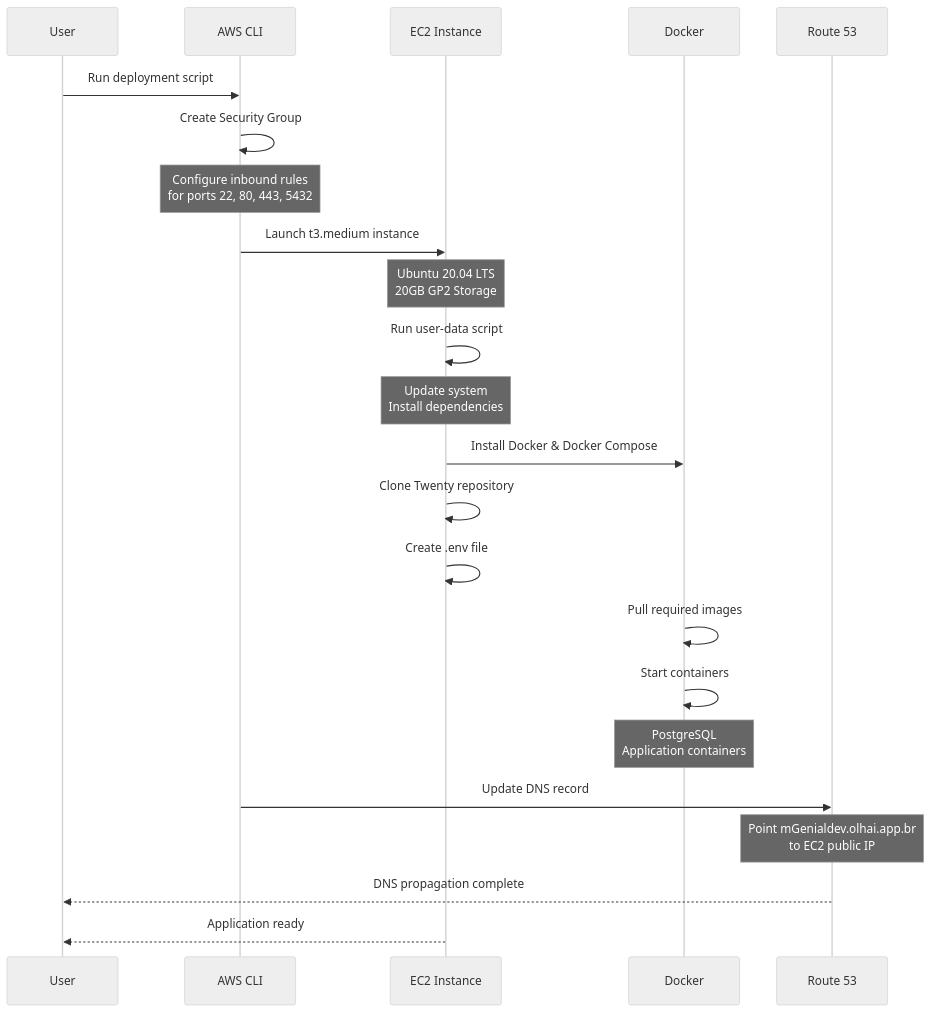
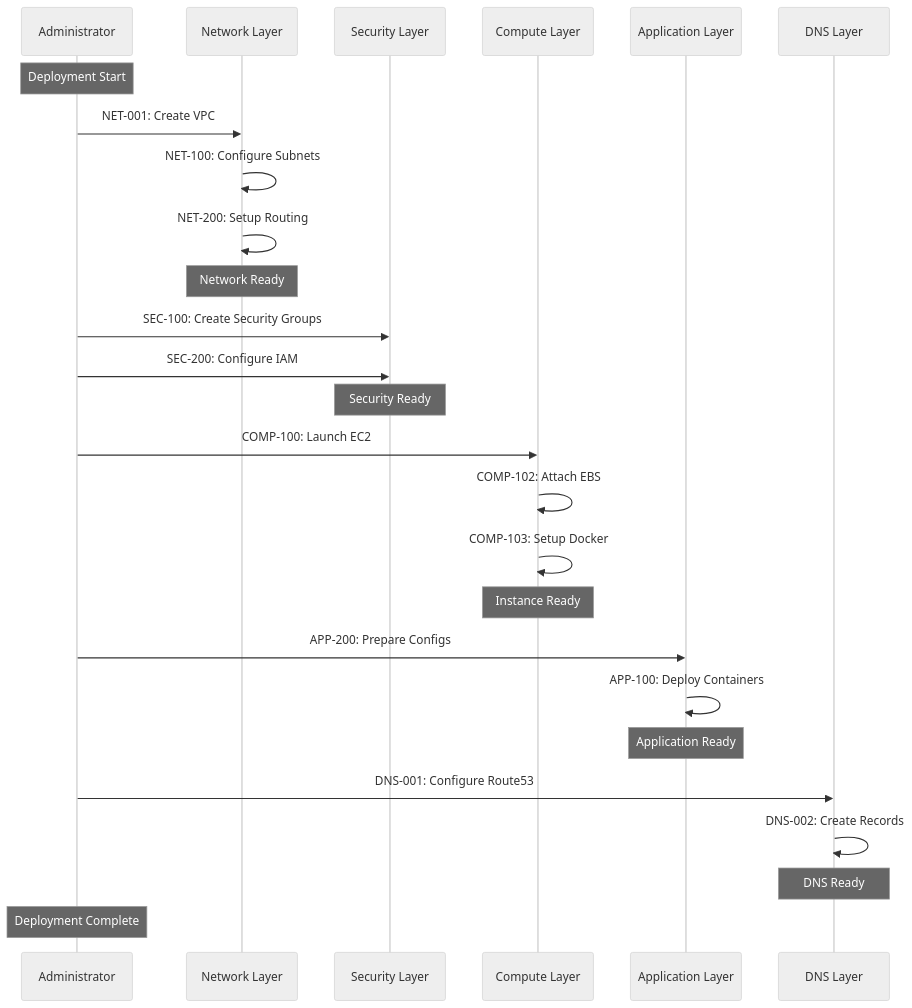
One commit to OlhaiHub/twentyapptemplate changed the second of 2 diagrams in docs/architecture/README.md. Above: the diagram before and after it, drawn with Mermaid (neutral theme). The commit also changed other lines of this file, not shown here.

````diff
--- a/docs/architecture/README.md
+++ b/docs/architecture/README.md
@@ -63,33 +92,40 @@
 ```mermaid
 sequenceDiagram
-    participant U as User
-    participant AWS as AWS CLI
-    participant EC2 as EC2 Instance
-    participant D as Docker
-    participant R53 as Route 53
+    participant ADM as Administrator
+    participant NET as Network Layer
+    participant SEC as Security Layer
+    participant COMP as Compute Layer
+    participant APP as Application Layer
+    participant DNS as DNS Layer
 
-    U->>AWS: Run deployment script
-    AWS->>AWS: Create Security Group
-    Note over AWS: Configure inbound rules<br/>for ports 22, 80, 443, 5432
+    Note over ADM: Deployment Start
     
-    AWS->>EC2: Launch t3.medium instance
-    Note over EC2: Ubuntu 20.04 LTS<br/>20GB GP2 Storage
-    
-    EC2->>EC2: Run user-data script
-    Note over EC2: Update system<br/>Install dependencies
-    
-    EC2->>D: Install Docker & Docker Compose
-    
-    EC2->>EC2: Clone Twenty repository
-    EC2->>EC2: Create .env file
-    
-    D->>D: Pull required images
-    D->>D: Start containers
-    Note over D: PostgreSQL<br/>Application containers
-    
-    AWS->>R53: Update DNS record
-    Note over R53: Point mGenialdev.olhai.app.br<br/>to EC2 public IP
-    
-    R53-->>U: DNS propagation complete
-    EC2-->>U: Application ready
+    %% Network Configuration
+    ADM->>NET: NET-001: Create VPC
+    NET->>NET: NET-100: Configure Subnets
+    NET->>NET: NET-200: Setup Routing
+    Note over NET: Network Ready
+
+    %% Security Setup
+    ADM->>SEC: SEC-100: Create Security Groups
+    ADM->>SEC: SEC-200: Configure IAM
+    Note over SEC: Security Ready
+
+    %% Compute Provisioning
+    ADM->>COMP: COMP-100: Launch EC2
+    COMP->>COMP: COMP-102: Attach EBS
+    COMP->>COMP: COMP-103: Setup Docker
+    Note over COMP: Instance Ready
+
+    %% Application Deployment
+    ADM->>APP: APP-200: Prepare Configs
+    APP->>APP: APP-100: Deploy Containers
+    Note over APP: Application Ready
+
+    %% DNS Configuration
+    ADM->>DNS: DNS-001: Configure Route53
+    DNS->>DNS: DNS-002: Create Records
+    Note over DNS: DNS Ready
+
+    Note over ADM: Deployment Complete
 ```
````
